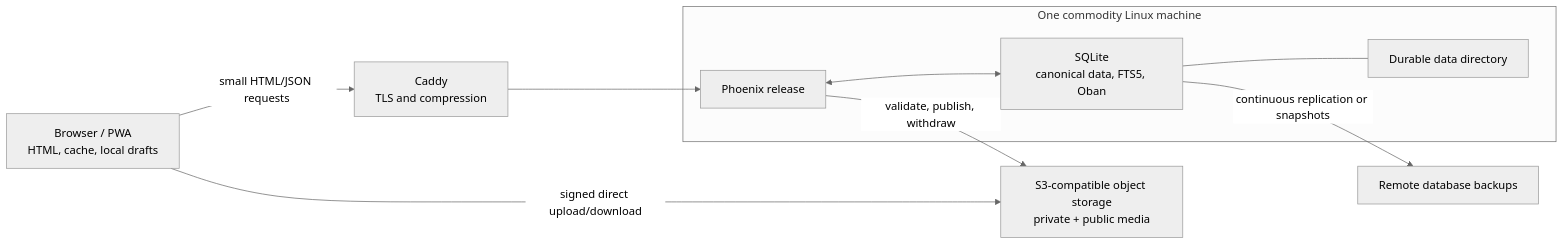
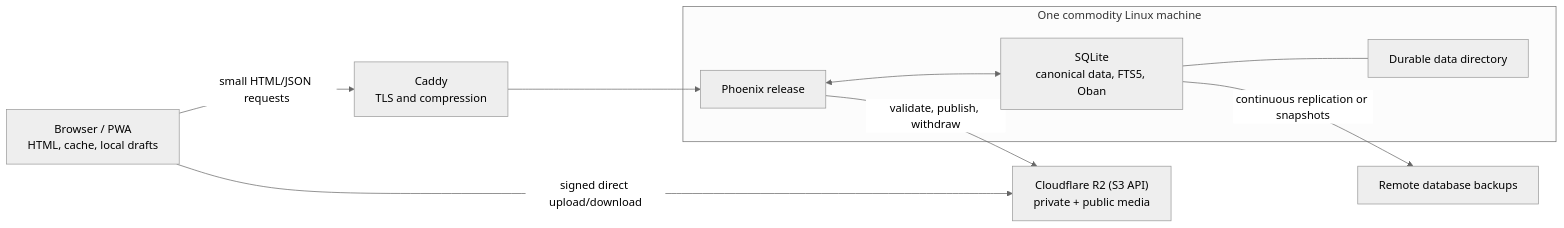
One commit to aayushmau5/project_skad changed the diagram in docs/architecture.md. Above: the diagram before and after it, drawn with Mermaid (neutral theme). The commit also changed other lines of this file and 7 other files, not shown here.

Commit message:
Add media context and object storage foundation

```diff
--- a/docs/architecture.md
+++ b/docs/architecture.md
@@ -18,22 +18,22 @@
 ~~~mermaid
 flowchart LR
   B["Browser / PWA<br/>HTML, cache, local drafts"]
   C["Caddy<br/>TLS and compression"]
 
   subgraph host["One commodity Linux machine"]
     P["Phoenix release"]
     DB["SQLite<br/>canonical data, FTS5, Oban"]
     DIR["Durable data directory"]
     P <--> DB
     DB --- DIR
   end
 
-  OBJ["S3-compatible object storage<br/>private + public media"]
+  OBJ["Cloudflare R2 (S3 API)<br/>private + public media"]
   BACKUP["Remote database backups"]
 
   B -->|"small HTML/JSON requests"| C
   C --> P
   B -->|"signed direct upload/download"| OBJ
   P -->|"validate, publish, withdraw"| OBJ
   DB -->|"continuous replication or snapshots"| BACKUP
 ~~~
```
